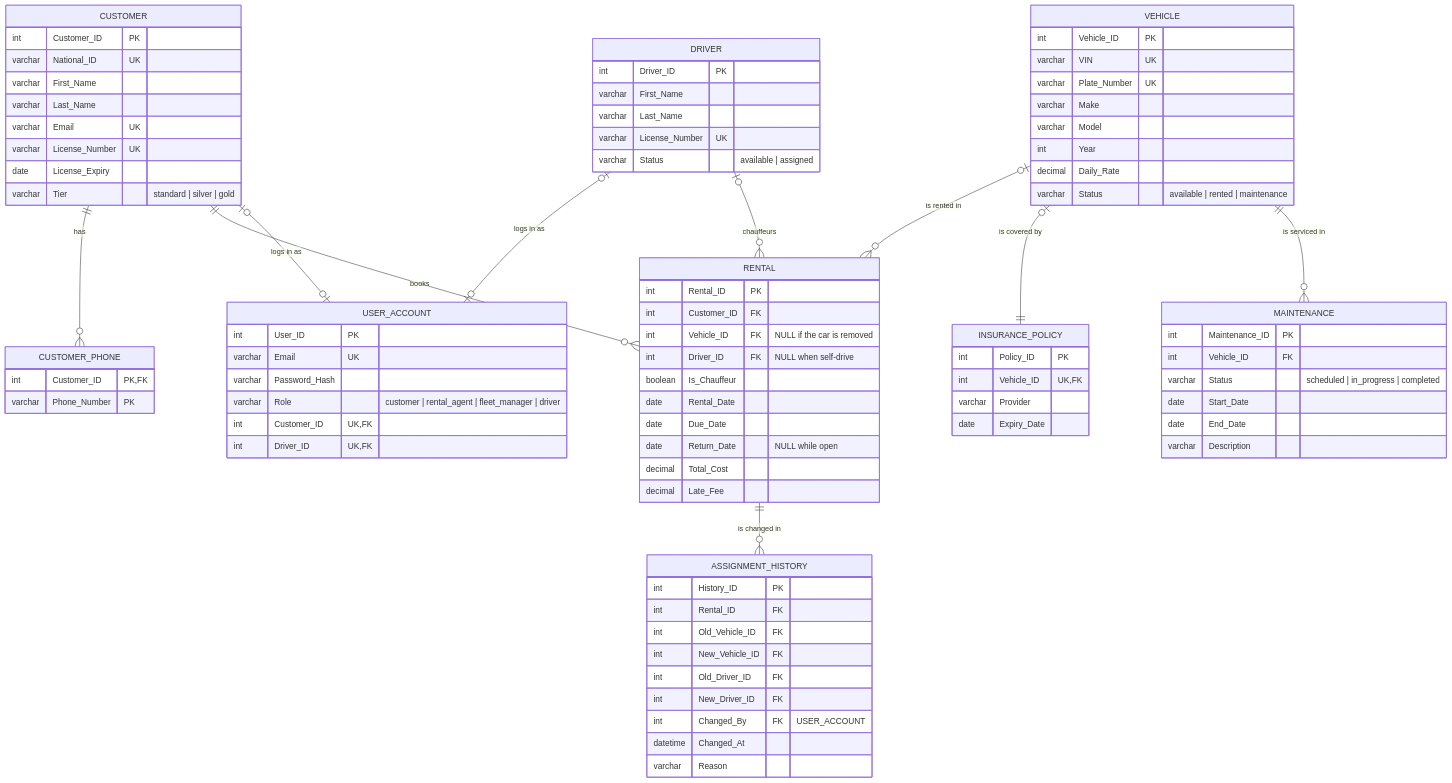
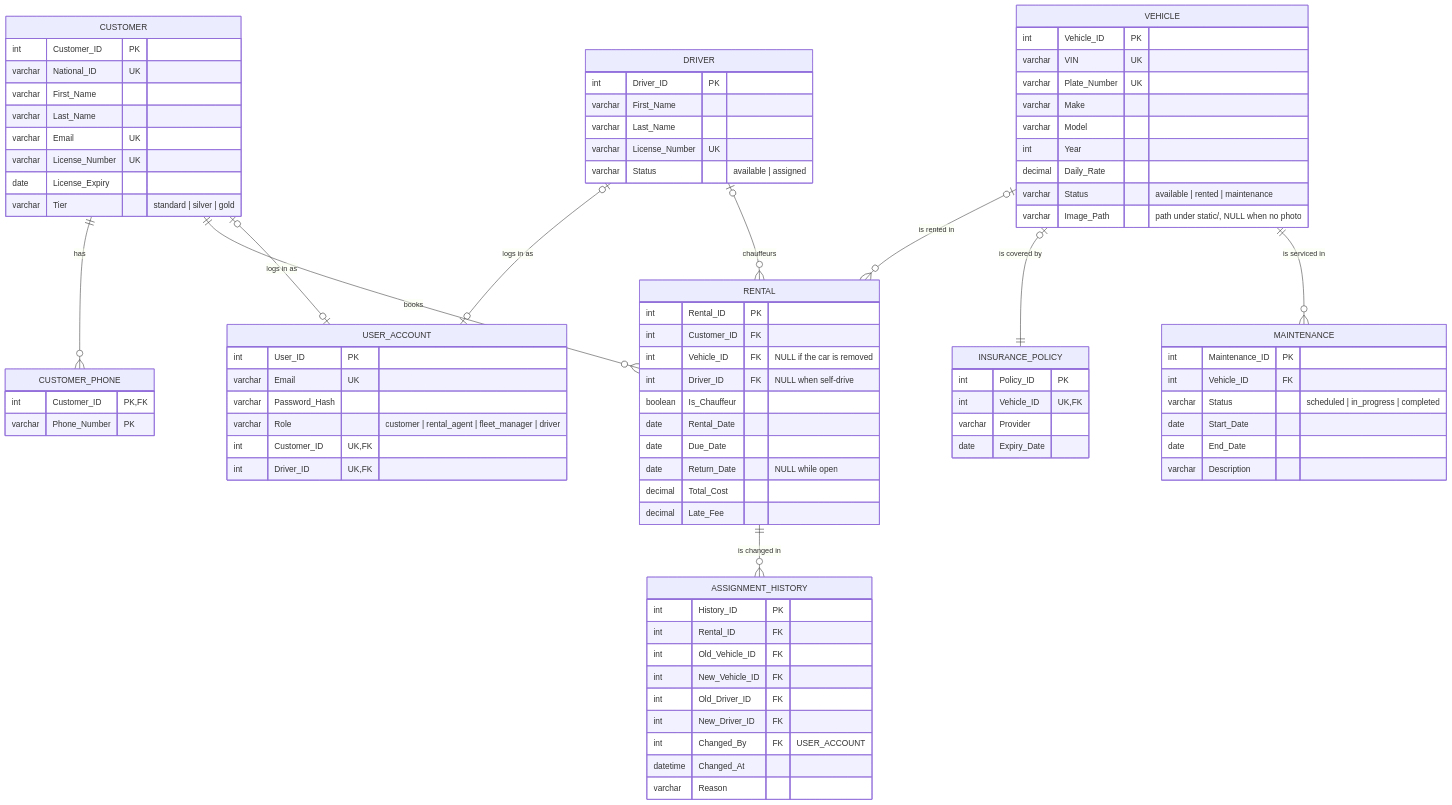
The diagram in ERD.md (BrianTallam2025/CarRenting-Database), drawn with Mermaid before and after one commit. The commit also changed 33 other files, not shown here.

```diff
--- a/ERD.md
+++ b/ERD.md
@@ -43,6 +43,7 @@
         int Year
         decimal Daily_Rate
         varchar Status "available | rented | maintenance"
+        varchar Image_Path "path under static/, NULL when no photo"
     }
     INSURANCE_POLICY {
         int Policy_ID PK
```
